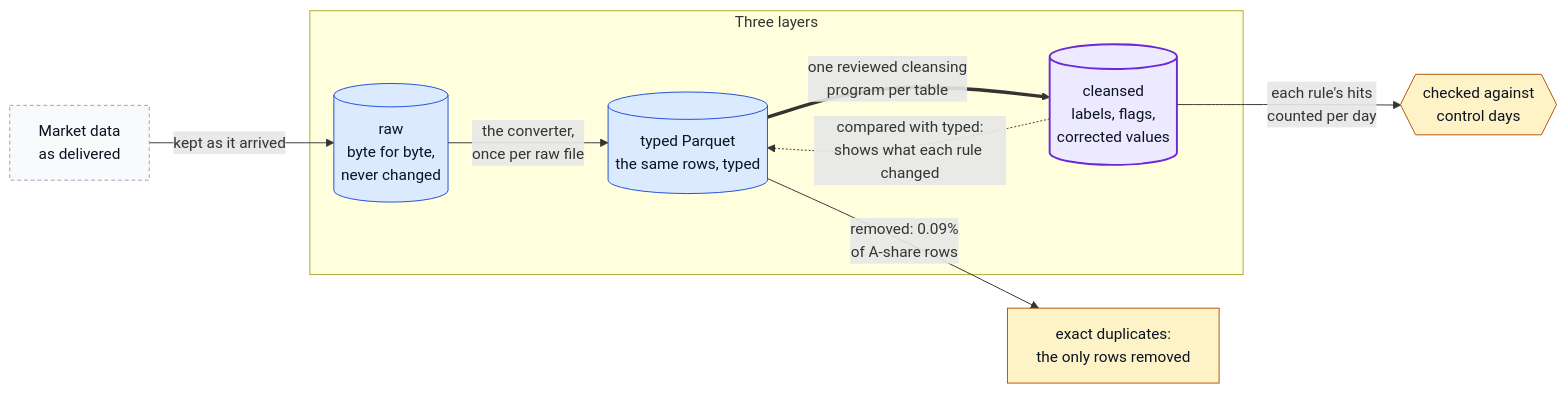
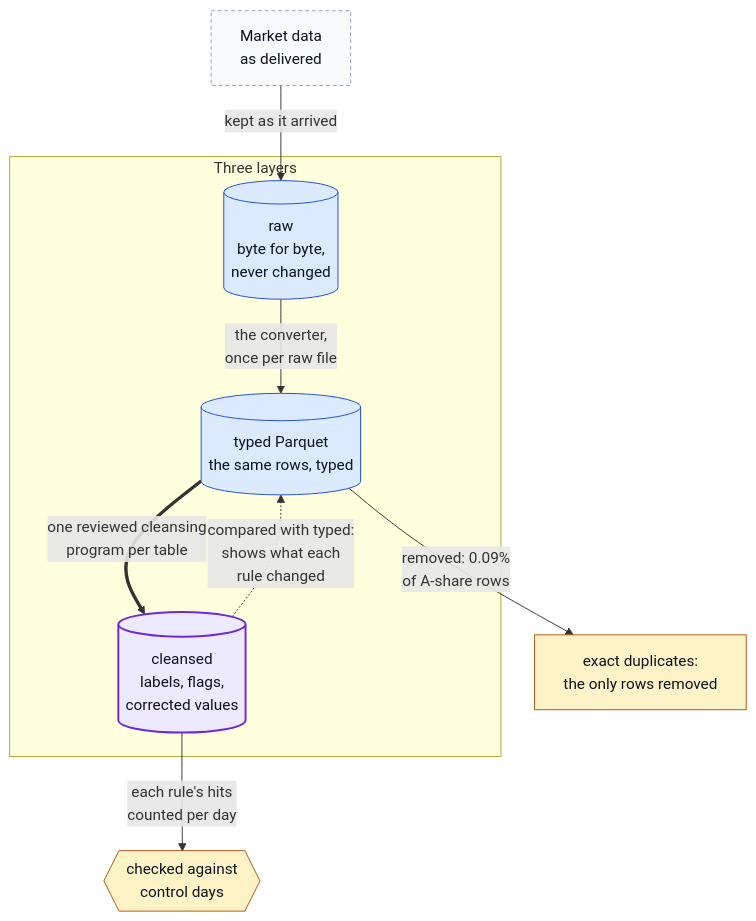
The first of 2 diagrams in docs/data-model.md (hihihhi/qts-platform-showcase), drawn with Mermaid before and after one commit. The commit also changed 3 other files, not shown here.

Commit message:
docs: make diagrams legible at README width

````diff
--- a/docs/data-model.md
+++ b/docs/data-model.md
@@ -9,27 +9,27 @@
 ```mermaid
-flowchart LR
+flowchart TB
     src["Market data<br/>as delivered"]
     subgraph layers["Three layers"]
         raw[("raw<br/>byte for byte,<br/>never changed")]
         tab[("typed Parquet<br/>the same rows, typed")]
         cln[("cleansed<br/>labels, flags,<br/>corrected values")]
     end
     dup["exact duplicates:<br/>the only rows removed"]
     ctl{{"checked against<br/>control days"}}
     src -->|"kept as it arrived"| raw
     raw -->|"the converter,<br/>once per raw file"| tab
     tab ==>|"one reviewed cleansing<br/>program per table"| cln
     tab -->|"removed: 0.09%<br/>of A-share rows"| dup
-    cln -.->|"compared with typed:<br/>shows what each rule changed"| tab
+    cln -.->|"compared with typed:<br/>shows what each<br/>rule changed"| tab
     cln -->|"each rule's hits<br/>counted per day"| ctl
     classDef data fill:#dbeafe,stroke:#1d4ed8,color:#0b1220
     classDef step fill:#f1f5f9,stroke:#475569,color:#0b1220
     classDef gate fill:#fef3c7,stroke:#b45309,color:#0b1220
     classDef out  fill:#dcfce7,stroke:#15803d,color:#0b1220
     classDef ext  fill:#f8fafc,stroke:#94a3b8,color:#0b1220,stroke-dasharray:4 3
     classDef key  fill:#ede9fe,stroke:#6d28d9,color:#0b1220,stroke-width:2px
     class src ext
     class raw,tab data
     class cln key
     class dup,ctl gate
 ```
````
